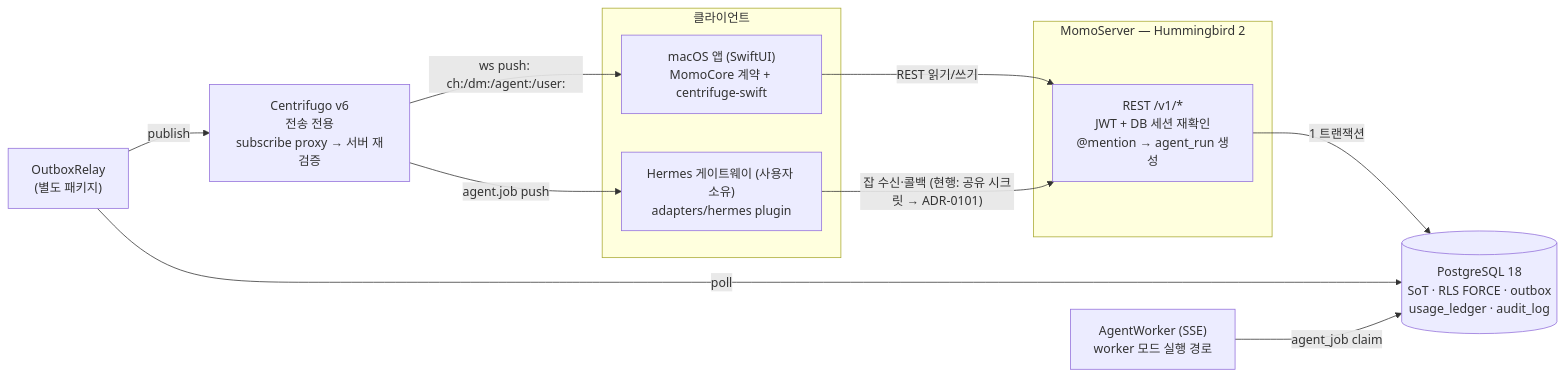
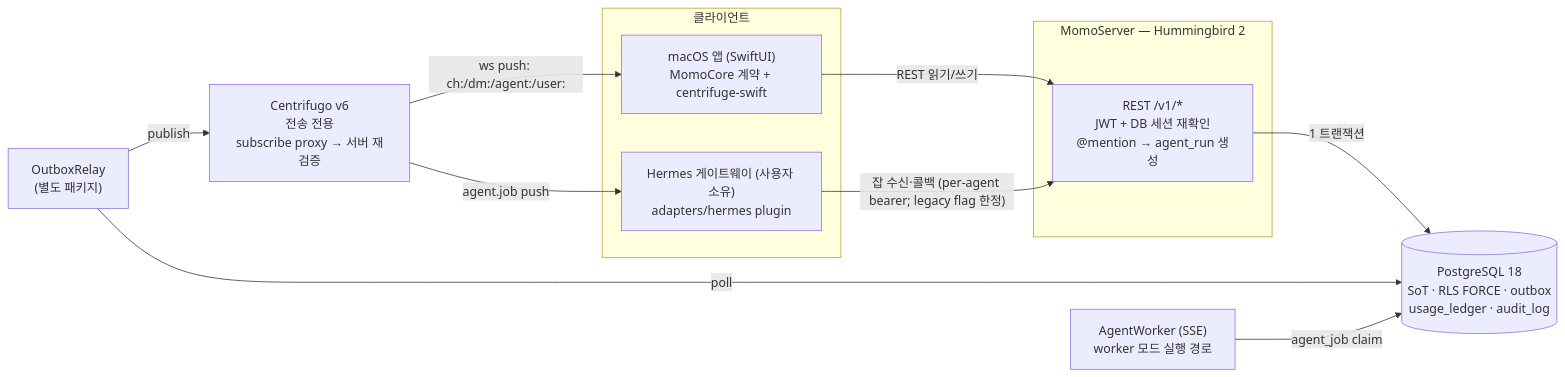
One commit to yeomyeonggeori/oort changed the first of 3 diagrams in docs/architecture/overview.md. Above: the diagram before and after it, drawn with Mermaid. The commit also changed other lines of this file and 19 other files, not shown here.

Commit message:
feat(server): agent bearer 인증 경로 구현 (#307)

````diff
--- a/docs/architecture/overview.md
+++ b/docs/architecture/overview.md
@@ -17,23 +17,23 @@
 ```mermaid
 flowchart LR
     subgraph clients [클라이언트]
         MAC["macOS 앱 (SwiftUI)<br/>MomoCore 계약 + centrifuge-swift"]
         HG["Hermes 게이트웨이 (사용자 소유)<br/>adapters/hermes plugin"]
     end
     subgraph server [MomoServer — Hummingbird 2]
         API["REST /v1/*<br/>JWT + DB 세션 재확인<br/>@mention → agent_run 생성"]
     end
     PG[("PostgreSQL 18<br/>SoT · RLS FORCE · outbox<br/>usage_ledger · audit_log")]
     RELAY["OutboxRelay<br/>(별도 패키지)"]
     CENT["Centrifugo v6<br/>전송 전용<br/>subscribe proxy → 서버 재검증"]
     AW["AgentWorker (SSE)<br/>worker 모드 실행 경로"]
 
     MAC -->|REST 읽기/쓰기| API
-    HG -->|"잡 수신·콜백 (현행: 공유 시크릿 → ADR-0101)"| API
+        HG -->|"잡 수신·콜백 (per-agent bearer; legacy flag 한정)"| API
     API -->|1 트랜잭션| PG
     RELAY -->|poll| PG
     RELAY -->|publish| CENT
     CENT -->|"ws push: ch:/dm:/agent:/user:"| MAC
     CENT -->|agent.job push| HG
     AW -->|agent_job claim| PG
 ```
````
